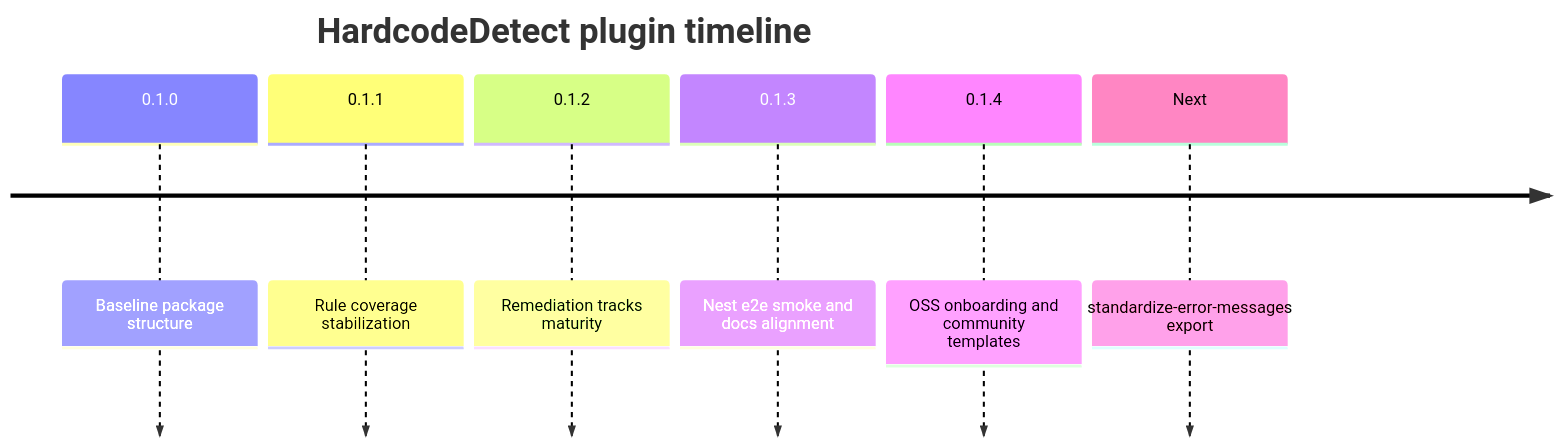
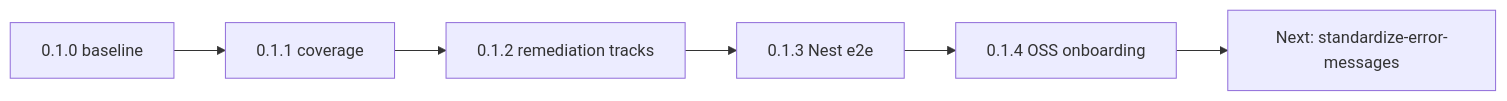
One commit to Malnati/eslint-hardcode-detect-plugin changed the third of 4 diagrams in packages/eslint-plugin-hardcode-detect/README.md. Above: the diagram before and after it, drawn with Mermaid. The commit also changed other lines of this file and 5 other files, not shown here.

First line of the commit message:
docs(plugin): fix Mermaid diagrams for GitHub and release 0.2.3

````diff
--- a/packages/eslint-plugin-hardcode-detect/README.md
+++ b/packages/eslint-plugin-hardcode-detect/README.md
@@ -83,10 +83,8 @@
 ```mermaid
-timeline
-  title HardcodeDetect plugin timeline
-  0.1.0 : Baseline package structure
-  0.1.1 : Rule coverage stabilization
-  0.1.2 : Remediation tracks maturity
-  0.1.3 : Nest e2e smoke and docs alignment
-  0.1.4 : OSS onboarding and community templates
-  Next : standardize-error-messages export
+flowchart LR
+  v010["0.1.0 baseline"] --> v011["0.1.1 coverage"]
+  v011 --> v012["0.1.2 remediation tracks"]
+  v012 --> v013["0.1.3 Nest e2e"]
+  v013 --> v014["0.1.4 OSS onboarding"]
+  v014 --> nextRel["Next: standardize-error-messages"]
 ```
````
